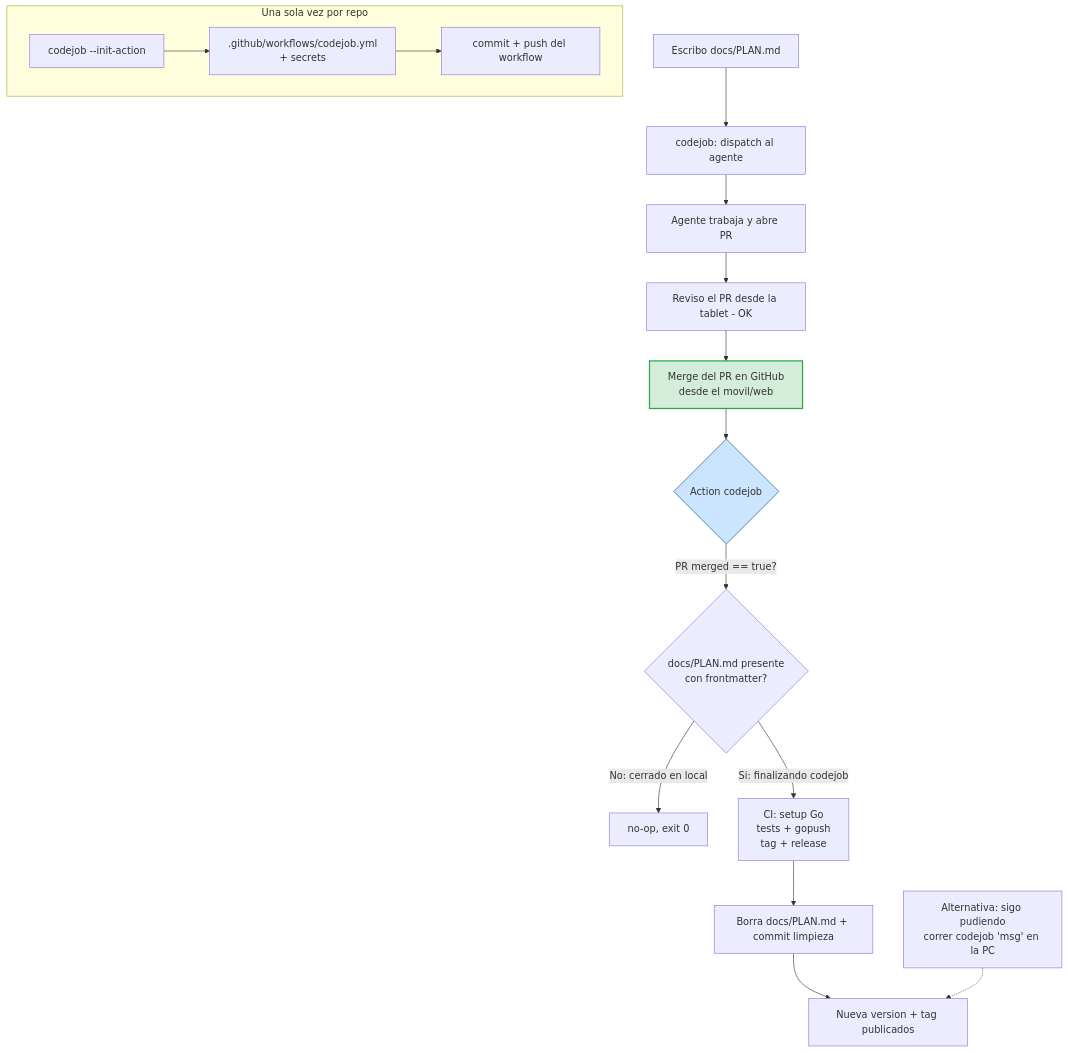
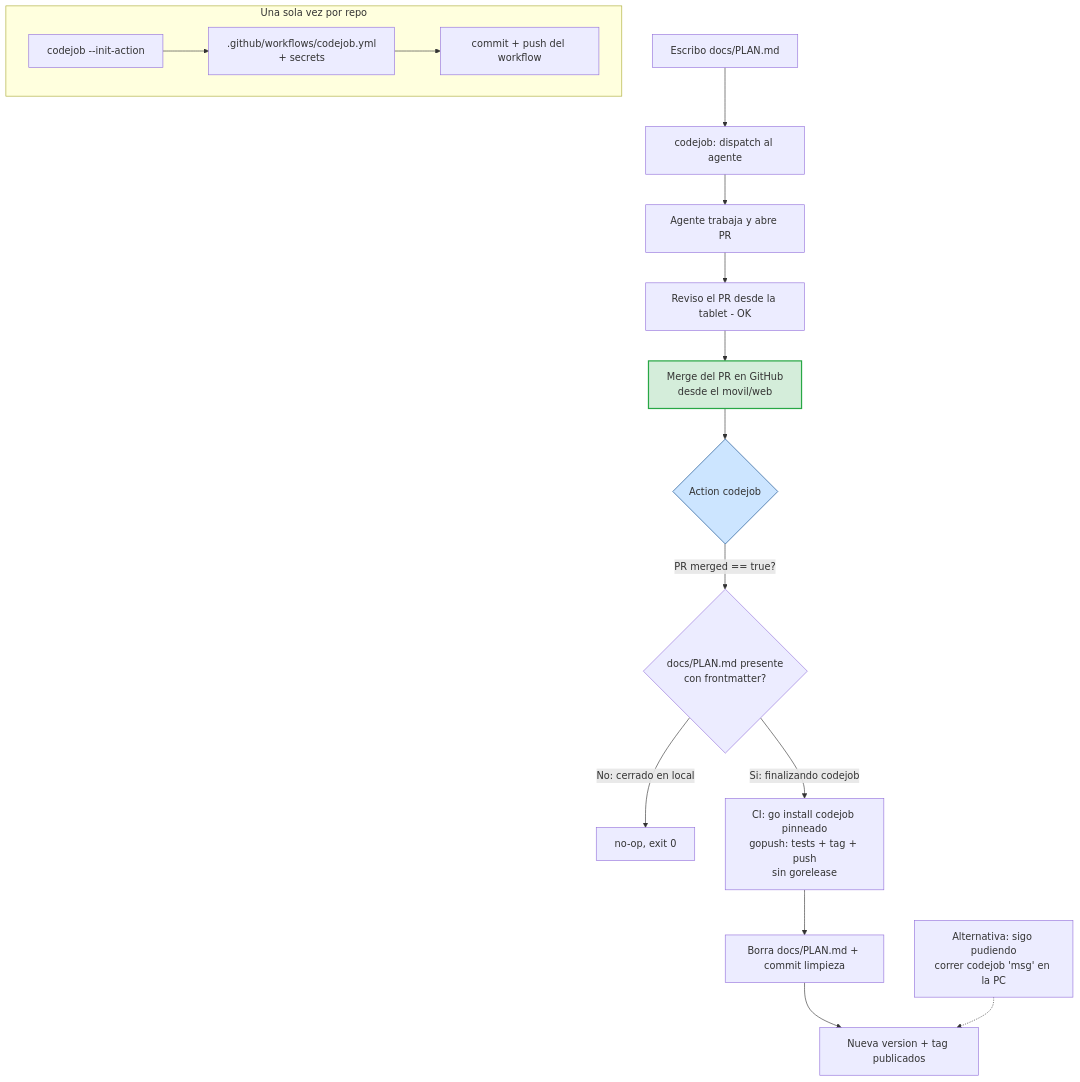
One commit to tinywasm/devflow changed the second of 2 diagrams in docs/PLAN.md. Above: the diagram before and after it, drawn with Mermaid. The commit also changed other lines of this file, not shown here.

First line of the commit message:
docs: correct CI publish to tag-only (gopush), revert to pinned go install

````diff
--- a/docs/PLAN.md
+++ b/docs/PLAN.md
@@ -109,24 +111,24 @@
 ```mermaid
 flowchart TD
     subgraph SETUP["Una sola vez por repo"]
         S1[codejob --init-action] --> S2[.github/workflows/codejob.yml<br/>+ secrets] --> S3[commit + push del workflow]
     end
 
     A[Escribo docs/PLAN.md] --> B[codejob: dispatch al agente]
     B --> C[Agente trabaja y abre PR]
     C --> D[Reviso el PR desde la tablet - OK]
     D --> E[Merge del PR en GitHub<br/>desde el movil/web]
 
     E --> GA{Action codejob}
     GA -->|PR merged == true?| GA2
     GA2{docs/PLAN.md presente<br/>con frontmatter?}
     GA2 -->|No: cerrado en local| NOOP[no-op, exit 0]
-    GA2 -->|Si: finalizando codejob| P[CI: setup Go<br/>tests + gopush<br/>tag + release]
+    GA2 -->|Si: finalizando codejob| P[CI: go install codejob pinneado<br/>gopush: tests + tag + push<br/>sin gorelease]
     P --> CLEAN[Borra docs/PLAN.md + commit limpieza]
     CLEAN --> I[Nueva version + tag publicados]
 
     ALT[Alternativa: sigo pudiendo<br/>correr codejob 'msg' en la PC] -.-> I
 
     style E fill:#d4edda,stroke:#28a745,stroke-width:2px
     style GA fill:#cce5ff,stroke:#004085
 ```
````
